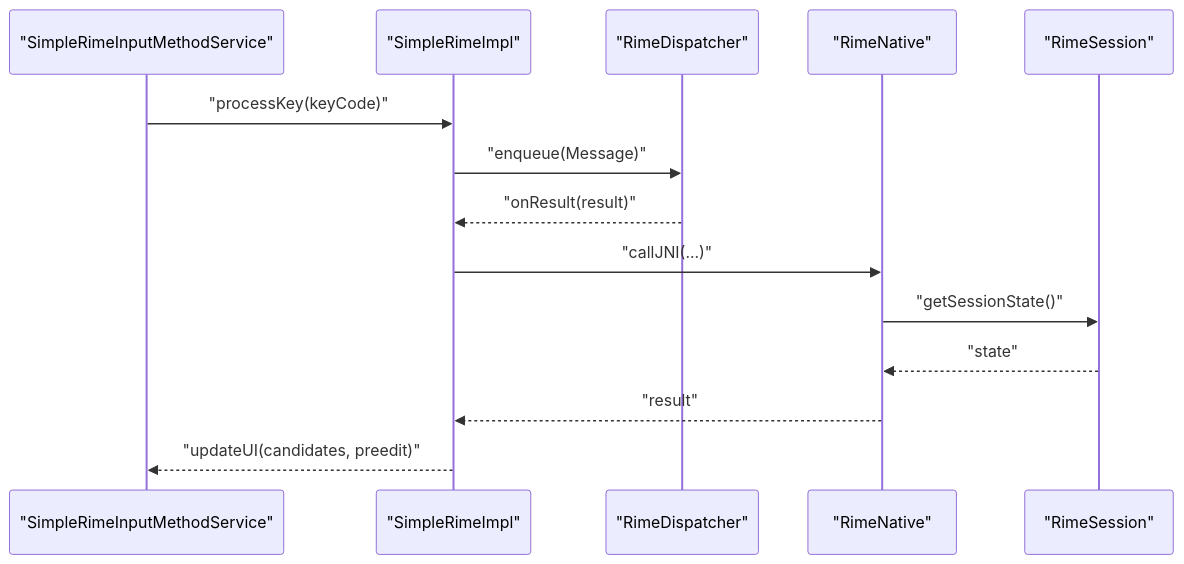
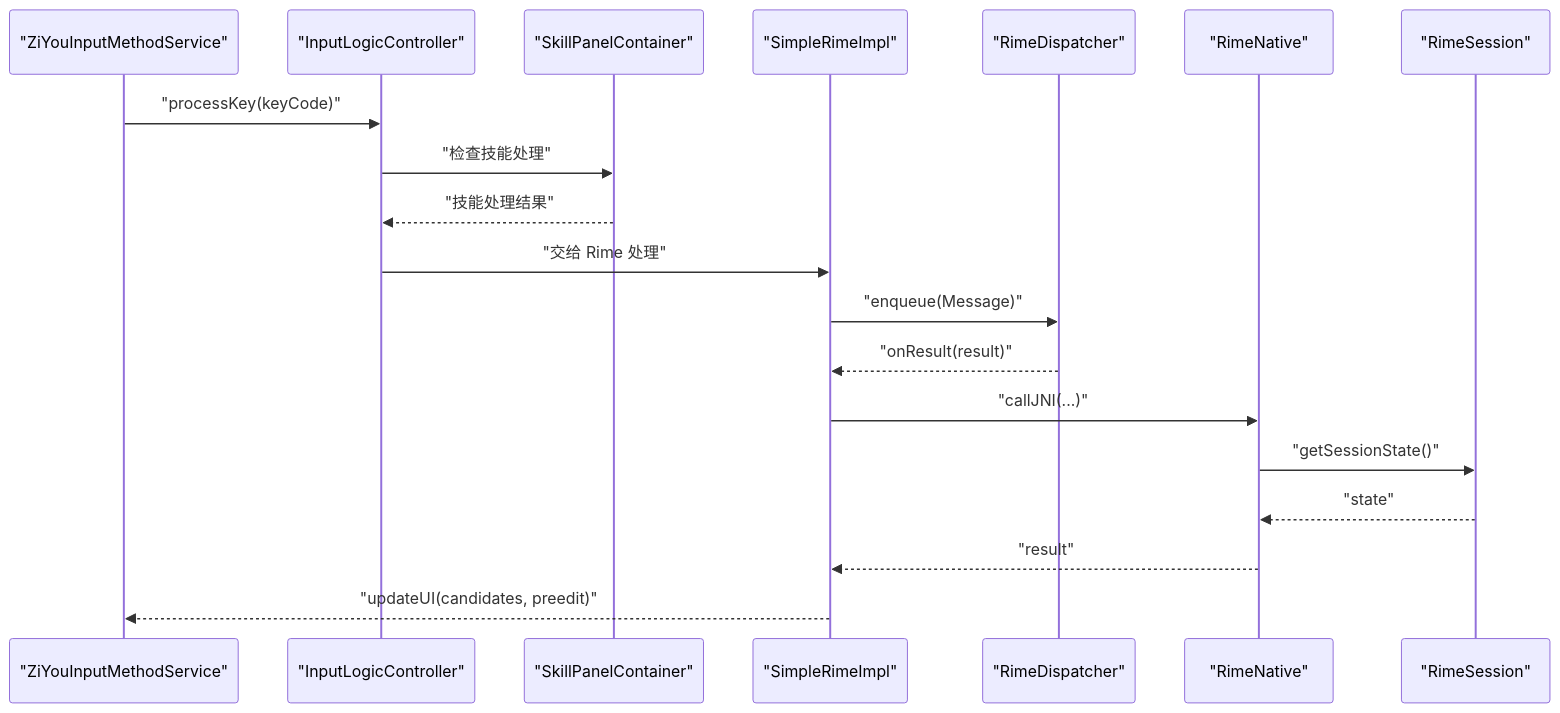
One commit to qiaodashaoye/ziyou-ime changed the fourth of 6 diagrams in .qoder/repowiki/zh/content/输入法服务.md. Above: the diagram before and after it, drawn with Mermaid. The commit also changed other lines of this file and 28 other files, not shown here.

````diff
--- a/.qoder/repowiki/zh/content/输入法服务.md
+++ b/.qoder/repowiki/zh/content/输入法服务.md
@@ -284,16 +364,21 @@
 ```mermaid
 sequenceDiagram
-participant Service as "SimpleRimeInputMethodService"
+participant Service as "ZiYouInputMethodService"
+participant Controller as "InputLogicController"
+participant SkillPanel as "SkillPanelContainer"
 participant Core as "SimpleRimeImpl"
 participant Disp as "RimeDispatcher"
 participant Native as "RimeNative"
 participant Session as "RimeSession"
-Service->>Core : "processKey(keyCode)"
+Service->>Controller : "processKey(keyCode)"
+Controller->>SkillPanel : "检查技能处理"
+SkillPanel-->>Controller : "技能处理结果"
+Controller->>Core : "交给 Rime 处理"
 Core->>Disp : "enqueue(Message)"
 Disp-->>Core : "onResult(result)"
 Core->>Native : "callJNI(...)"
 Native->>Session : "getSessionState()"
 Session-->>Native : "state"
 Native-->>Core : "result"
 Core-->>Service : "updateUI(candidates, preedit)"
 ```
````
